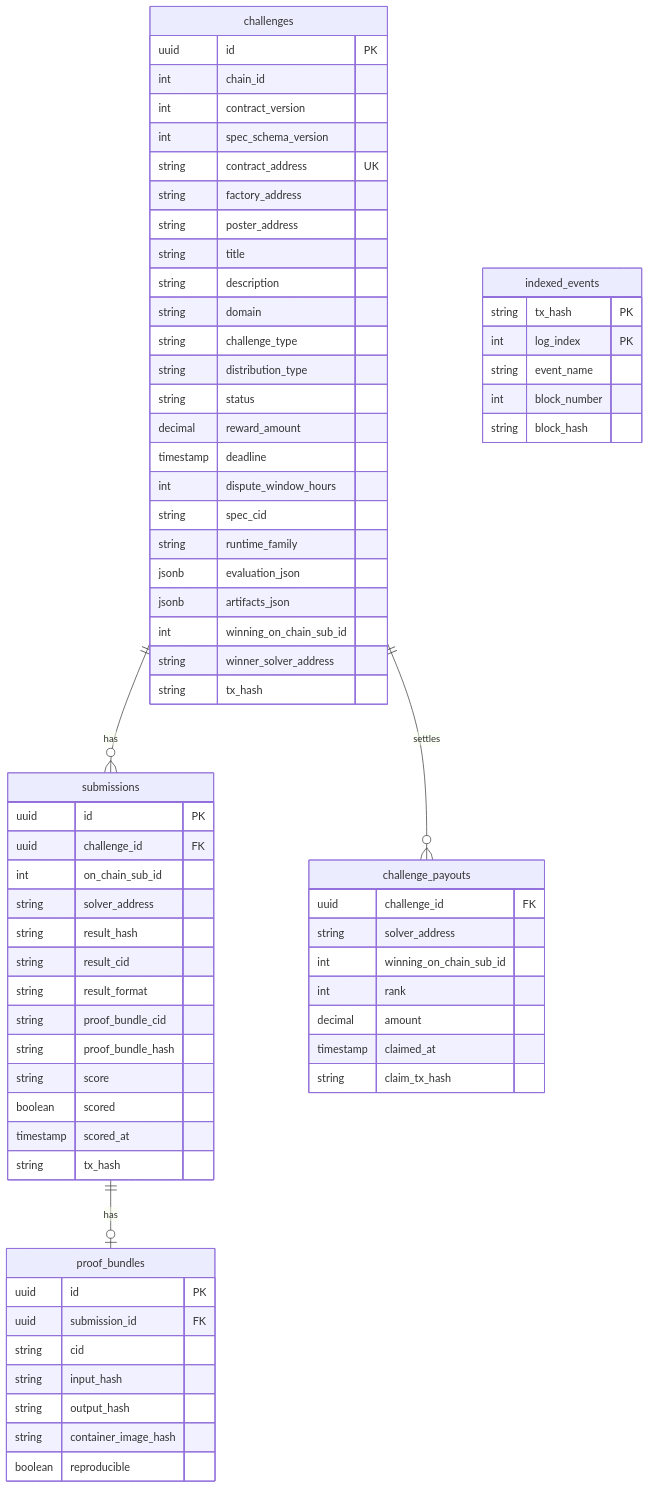
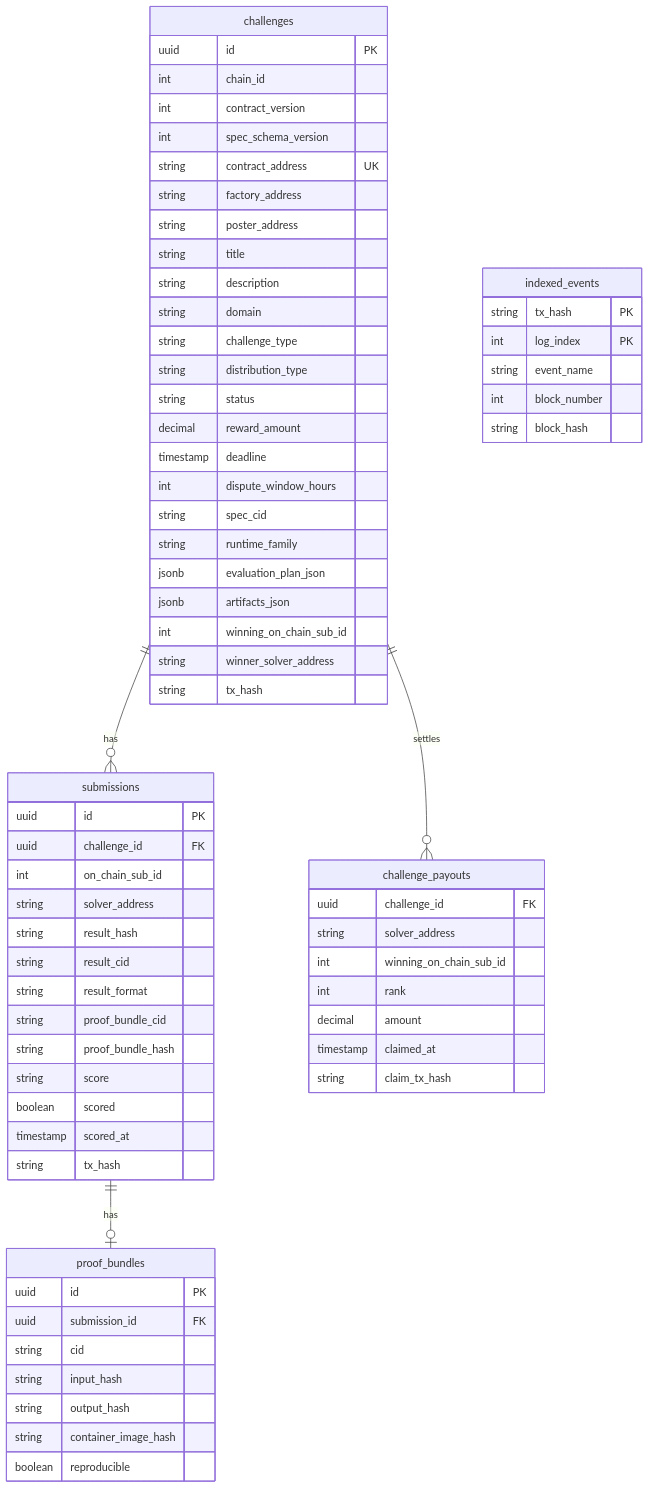
Diagram 11 of 14 in docs/architecture.md (andymolecule/Agora), drawn with Mermaid before and after one commit. The commit also changed 152 other files, not shown here.

````diff
--- a/docs/architecture.md
+++ b/docs/architecture.md
@@ -527,76 +527,76 @@
 ```mermaid
 erDiagram
     challenges {
         uuid id PK
         int chain_id
         int contract_version
         int spec_schema_version
         string contract_address UK
         string factory_address
         string poster_address
         string title
         string description
         string domain
         string challenge_type
         string distribution_type
         string status
         decimal reward_amount
         timestamp deadline
         int dispute_window_hours
         string spec_cid
         string runtime_family
-        jsonb evaluation_json
+        jsonb evaluation_plan_json
         jsonb artifacts_json
         int winning_on_chain_sub_id
         string winner_solver_address
         string tx_hash
     }
 
     submissions {
         uuid id PK
         uuid challenge_id FK
         int on_chain_sub_id
         string solver_address
         string result_hash
         string result_cid
         string result_format
         string proof_bundle_cid
         string proof_bundle_hash
         string score
         boolean scored
         timestamp scored_at
         string tx_hash
     }
 
     proof_bundles {
         uuid id PK
         uuid submission_id FK
         string cid
         string input_hash
         string output_hash
         string container_image_hash
         boolean reproducible
     }
 
     challenge_payouts {
         uuid challenge_id FK
         string solver_address
         int winning_on_chain_sub_id
         int rank
         decimal amount
         timestamp claimed_at
         string claim_tx_hash
     }
 
     indexed_events {
         string tx_hash PK
         int log_index PK
         string event_name
         int block_number
         string block_hash
     }
 
     challenges ||--o{ submissions : has
     submissions ||--o| proof_bundles : has
     challenges ||--o{ challenge_payouts : settles
 ```
````
